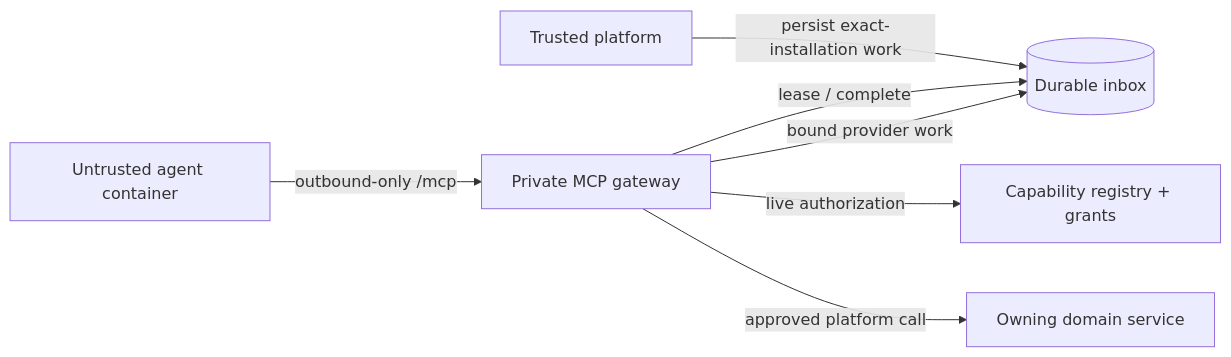
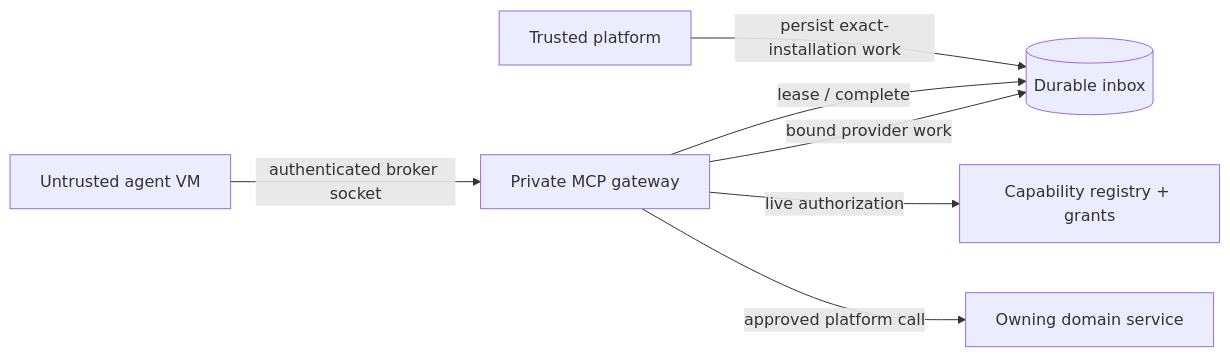
The first of 4 diagrams in Documentation/Architecture/MCP_AGENT_RUNTIME.md (CrosswiredStudios/C-Sweet), drawn with Mermaid before and after one commit. The commit also changed other lines of this file and 189 other files, not shown here.

````diff
--- a/Documentation/Architecture/MCP_AGENT_RUNTIME.md
+++ b/Documentation/Architecture/MCP_AGENT_RUNTIME.md
@@ -11,9 +11,9 @@
 ```mermaid
 flowchart LR
   P["Trusted platform"] -->|"persist exact-installation work"| Q[("Durable inbox")]
-  A["Untrusted agent container"] -->|"outbound-only /mcp"| G["Private MCP gateway"]
+  A["Untrusted agent VM"] -->|"authenticated broker socket"| G["Private MCP gateway"]
   G -->|"lease / complete"| Q
   G -->|"live authorization"| R["Capability registry + grants"]
   G -->|"approved platform call"| S["Owning domain service"]
   G -->|"bound provider work"| Q
 ```
````
